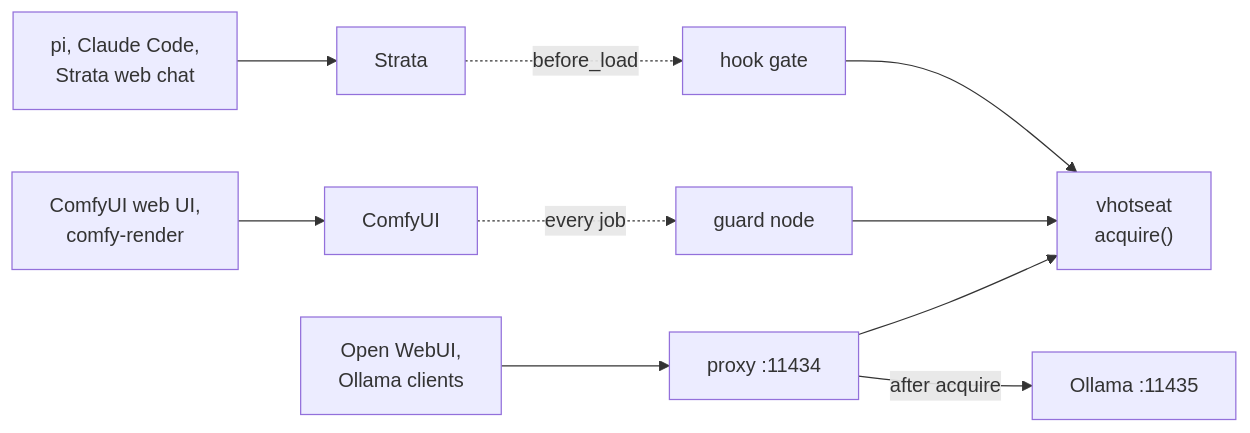
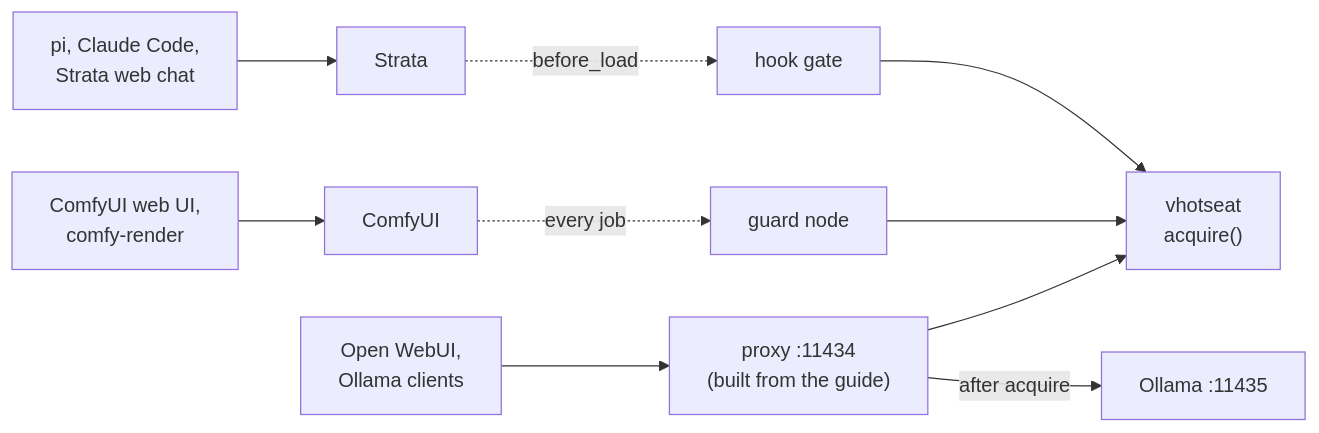
The second of 5 diagrams in gpu-workload/docs/plans/2026-10-14-vhotseat.md (wandermyz/wandering-vibe), drawn with Mermaid before and after one commit. The commit also changed other lines of this file, not shown here.

First line of the commit message:
gpu-workload: no proxy or serve in vhotseat v1; ship a build guide

````diff
--- a/gpu-workload/docs/plans/2026-10-14-vhotseat.md
+++ b/gpu-workload/docs/plans/2026-10-14-vhotseat.md
@@ -143,10 +144,10 @@
 ```mermaid
 flowchart LR
     c1["pi, Claude Code,<br/>Strata web chat"] --> strata["Strata"]
     strata -. "before_load" .-> hook["hook gate"]
     c2["ComfyUI web UI,<br/>comfy-render"] --> comfy["ComfyUI"]
     comfy -. "every job" .-> plugin["guard node"]
-    c3["Open WebUI,<br/>Ollama clients"] --> proxy["proxy :11434"]
+    c3["Open WebUI,<br/>Ollama clients"] --> proxy["proxy :11434<br/>(built from the guide)"]
     proxy -- "after acquire" --> ollama["Ollama :11435"]
     hook & plugin & proxy --> arbiter["vhotseat<br/>acquire()"]
 ```
````
